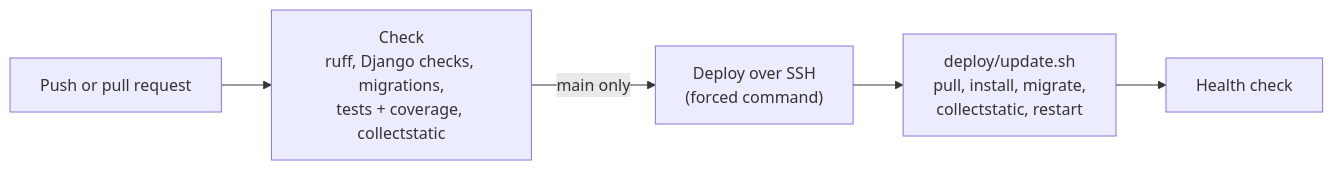
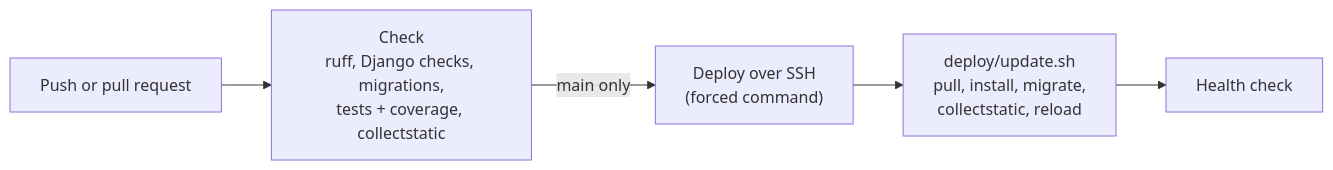
Before and after one commit to NestorBracho/blogweb: the second of 2 diagrams in README.md, drawn with Mermaid. The commit also changed other lines of this file and 4 other files, not shown here.

First line of the commit message:
ops: reload Gunicorn gracefully on deploy instead of restarting

````diff
--- a/README.md
+++ b/README.md
@@ -69,7 +69,7 @@
 ```mermaid
 flowchart LR
     push["Push or pull request"] --> check["Check<br/>ruff, Django checks, migrations,<br/>tests + coverage, collectstatic"]
     check -->|"main only"| deploy["Deploy over SSH<br/>(forced command)"]
-    deploy --> update["deploy/update.sh<br/>pull, install, migrate,<br/>collectstatic, restart"]
+    deploy --> update["deploy/update.sh<br/>pull, install, migrate,<br/>collectstatic, reload"]
     update --> health["Health check"]
 ```
````
